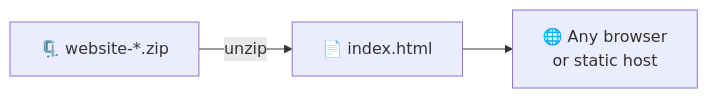
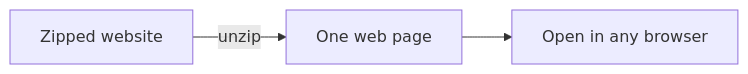
The diagram in README.md (F0rger123/Spick-and-Span-CRM), drawn with Mermaid before and after one commit. The commit also changed other lines of this file and 2 other files, not shown here.

First line of the commit message:
docs: plain-English diagrams and an AI guide for pasted links [skip ci]

````diff
--- a/README.md
+++ b/README.md
@@ -23,4 +27,4 @@
 ```mermaid
 flowchart LR
-    Zip["🗜️ website-*.zip"] -->|unzip| Html["📄 index.html"] --> Browser["🌐 Any browser<br/>or static host"]
+    Zip["Zipped website"] -->|unzip| Page["One web page"] --> Browser["Open in any browser"]
 ```
````
